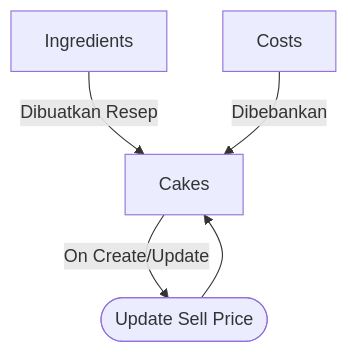
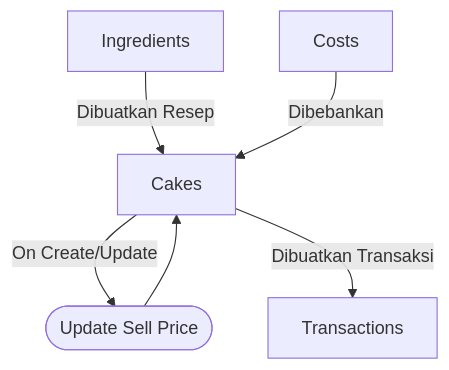
One commit to bypr1/gx-toko-kue changed the diagram in README.md. Above: the diagram before and after it, drawn with Mermaid. The commit also changed other lines of this file and 2 other files, not shown here.

````diff
--- a/README.md
+++ b/README.md
@@ -14,7 +14,8 @@
 ```mermaid
 flowchart TD
     A[Ingredients] -->|Dibuatkan Resep| D[Cakes]
     C[Costs] --> |Dibebankan| D
     D -->|On Create/Update| E([Update Sell Price])
     E --> D
+    D -->|Dibuatkan Transaksi| T[Transactions]
 ```
````
